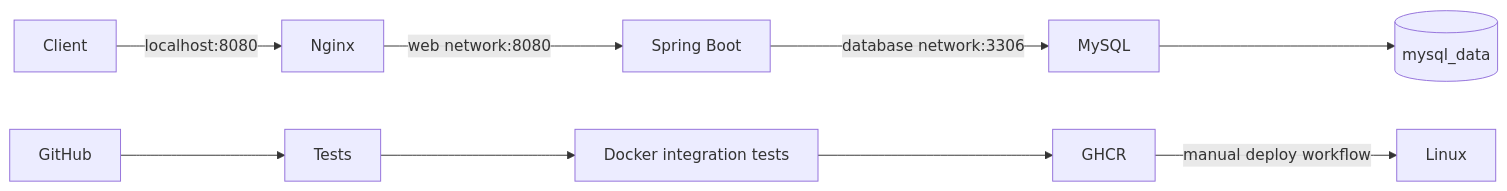
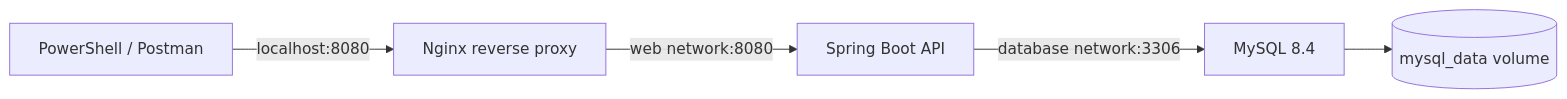
Before and after one commit to tmk-123/task-manager-devops: the diagram in README.md, drawn with Mermaid. The commit also changed other lines of this file and 9 other files, not shown here.

````diff
--- a/README.md
+++ b/README.md
@@ -7,9 +30,7 @@
 ```mermaid
 flowchart LR
-    Client -->|localhost:8080| Nginx
-    Nginx -->|web network:8080| API[Spring Boot]
-    API -->|database network:3306| MySQL
-    MySQL --> Volume[(mysql_data)]
-    GitHub --> Tests --> ComposeTest[Docker integration tests] --> GHCR
-    GHCR -->|manual deploy workflow| Linux
+    Client[PowerShell / Postman] -->|localhost:8080| Nginx[Nginx reverse proxy]
+    Nginx -->|web network:8080| API[Spring Boot API]
+    API -->|database network:3306| MySQL[MySQL 8.4]
+    MySQL --> Volume[(mysql_data volume)]
 ```
````
